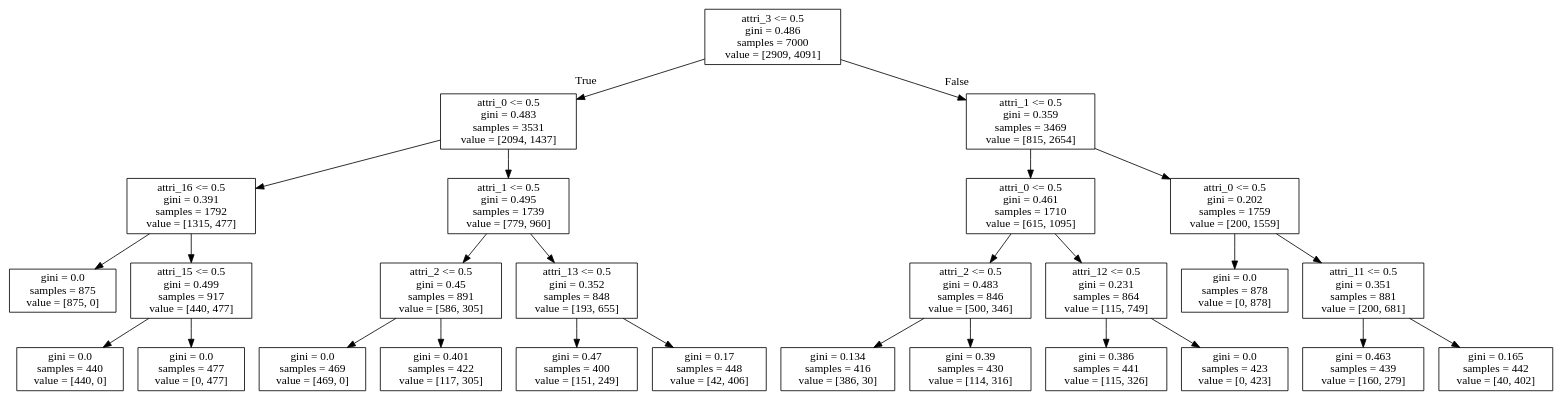
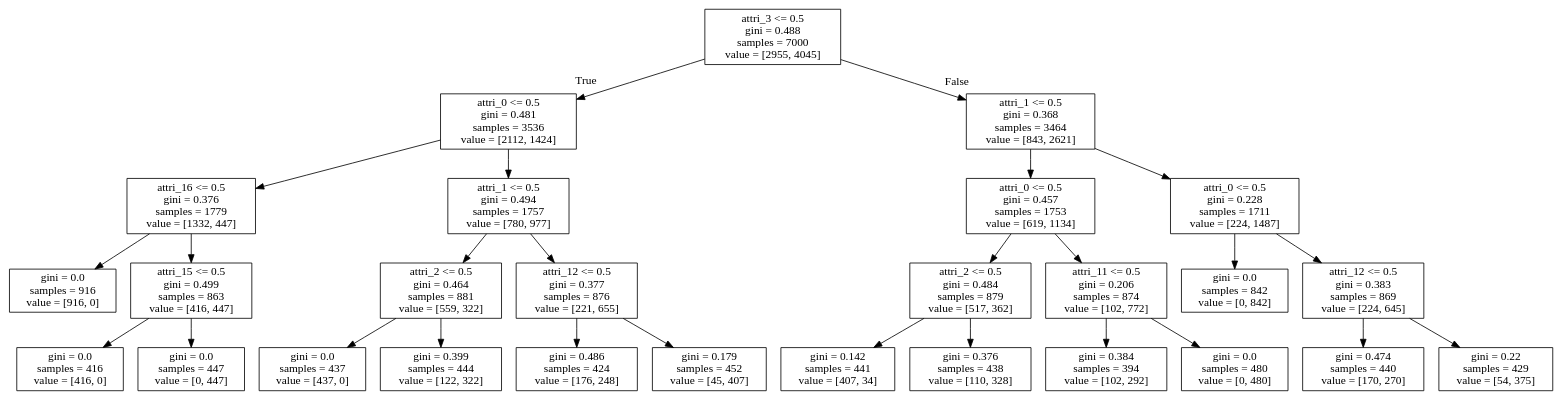
The diagram in Decision_Tree/models/decision_tree_depth4.dot (ElektrischesSchaf/Data_Mining_2019_Projects), drawn with Graphviz before and after one commit. The commit also changed 5 other files, not shown here.

```diff
--- a/Decision_Tree/models/decision_tree_depth4.dot
+++ b/Decision_Tree/models/decision_tree_depth4.dot
@@ -1,56 +1,56 @@
 digraph Tree {
 node [shape=box] ;
-0 [label="attri_3 <= 0.5\ngini = 0.486\nsamples = 7000\nvalue = [2909, 4091]"] ;
-1 [label="attri_0 <= 0.5\ngini = 0.483\nsamples = 3531\nvalue = [2094, 1437]"] ;
+0 [label="attri_3 <= 0.5\ngini = 0.488\nsamples = 7000\nvalue = [2955, 4045]"] ;
+1 [label="attri_0 <= 0.5\ngini = 0.481\nsamples = 3536\nvalue = [2112, 1424]"] ;
 0 -> 1 [labeldistance=2.5, labelangle=45, headlabel="True"] ;
-2 [label="attri_16 <= 0.5\ngini = 0.391\nsamples = 1792\nvalue = [1315, 477]"] ;
+2 [label="attri_16 <= 0.5\ngini = 0.376\nsamples = 1779\nvalue = [1332, 447]"] ;
 1 -> 2 ;
-3 [label="gini = 0.0\nsamples = 875\nvalue = [875, 0]"] ;
+3 [label="gini = 0.0\nsamples = 916\nvalue = [916, 0]"] ;
 2 -> 3 ;
-4 [label="attri_15 <= 0.5\ngini = 0.499\nsamples = 917\nvalue = [440, 477]"] ;
+4 [label="attri_15 <= 0.5\ngini = 0.499\nsamples = 863\nvalue = [416, 447]"] ;
 2 -> 4 ;
-5 [label="gini = 0.0\nsamples = 440\nvalue = [440, 0]"] ;
+5 [label="gini = 0.0\nsamples = 416\nvalue = [416, 0]"] ;
 4 -> 5 ;
-6 [label="gini = 0.0\nsamples = 477\nvalue = [0, 477]"] ;
+6 [label="gini = 0.0\nsamples = 447\nvalue = [0, 447]"] ;
 4 -> 6 ;
-7 [label="attri_1 <= 0.5\ngini = 0.495\nsamples = 1739\nvalue = [779, 960]"] ;
+7 [label="attri_1 <= 0.5\ngini = 0.494\nsamples = 1757\nvalue = [780, 977]"] ;
 1 -> 7 ;
-8 [label="attri_2 <= 0.5\ngini = 0.45\nsamples = 891\nvalue = [586, 305]"] ;
+8 [label="attri_2 <= 0.5\ngini = 0.464\nsamples = 881\nvalue = [559, 322]"] ;
 7 -> 8 ;
-9 [label="gini = 0.0\nsamples = 469\nvalue = [469, 0]"] ;
+9 [label="gini = 0.0\nsamples = 437\nvalue = [437, 0]"] ;
 8 -> 9 ;
-10 [label="gini = 0.401\nsamples = 422\nvalue = [117, 305]"] ;
+10 [label="gini = 0.399\nsamples = 444\nvalue = [122, 322]"] ;
 8 -> 10 ;
-11 [label="attri_13 <= 0.5\ngini = 0.352\nsamples = 848\nvalue = [193, 655]"] ;
+11 [label="attri_12 <= 0.5\ngini = 0.377\nsamples = 876\nvalue = [221, 655]"] ;
 7 -> 11 ;
-12 [label="gini = 0.47\nsamples = 400\nvalue = [151, 249]"] ;
+12 [label="gini = 0.486\nsamples = 424\nvalue = [176, 248]"] ;
 11 -> 12 ;
-13 [label="gini = 0.17\nsamples = 448\nvalue = [42, 406]"] ;
+13 [label="gini = 0.179\nsamples = 452\nvalue = [45, 407]"] ;
 11 -> 13 ;
-14 [label="attri_1 <= 0.5\ngini = 0.359\nsamples = 3469\nvalue = [815, 2654]"] ;
+14 [label="attri_1 <= 0.5\ngini = 0.368\nsamples = 3464\nvalue = [843, 2621]"] ;
 0 -> 14 [labeldistance=2.5, labelangle=-45, headlabel="False"] ;
-15 [label="attri_0 <= 0.5\ngini = 0.461\nsamples = 1710\nvalue = [615, 1095]"] ;
+15 [label="attri_0 <= 0.5\ngini = 0.457\nsamples = 1753\nvalue = [619, 1134]"] ;
 14 -> 15 ;
-16 [label="attri_2 <= 0.5\ngini = 0.483\nsamples = 846\nvalue = [500, 346]"] ;
+16 [label="attri_2 <= 0.5\ngini = 0.484\nsamples = 879\nvalue = [517, 362]"] ;
 15 -> 16 ;
-17 [label="gini = 0.134\nsamples = 416\nvalue = [386, 30]"] ;
+17 [label="gini = 0.142\nsamples = 441\nvalue = [407, 34]"] ;
 16 -> 17 ;
-18 [label="gini = 0.39\nsamples = 430\nvalue = [114, 316]"] ;
+18 [label="gini = 0.376\nsamples = 438\nvalue = [110, 328]"] ;
 16 -> 18 ;
-19 [label="attri_12 <= 0.5\ngini = 0.231\nsamples = 864\nvalue = [115, 749]"] ;
+19 [label="attri_11 <= 0.5\ngini = 0.206\nsamples = 874\nvalue = [102, 772]"] ;
 15 -> 19 ;
-20 [label="gini = 0.386\nsamples = 441\nvalue = [115, 326]"] ;
+20 [label="gini = 0.384\nsamples = 394\nvalue = [102, 292]"] ;
 19 -> 20 ;
-21 [label="gini = 0.0\nsamples = 423\nvalue = [0, 423]"] ;
+21 [label="gini = 0.0\nsamples = 480\nvalue = [0, 480]"] ;
 19 -> 21 ;
-22 [label="attri_0 <= 0.5\ngini = 0.202\nsamples = 1759\nvalue = [200, 1559]"] ;
+22 [label="attri_0 <= 0.5\ngini = 0.228\nsamples = 1711\nvalue = [224, 1487]"] ;
 14 -> 22 ;
-23 [label="gini = 0.0\nsamples = 878\nvalue = [0, 878]"] ;
+23 [label="gini = 0.0\nsamples = 842\nvalue = [0, 842]"] ;
 22 -> 23 ;
-24 [label="attri_11 <= 0.5\ngini = 0.351\nsamples = 881\nvalue = [200, 681]"] ;
+24 [label="attri_12 <= 0.5\ngini = 0.383\nsamples = 869\nvalue = [224, 645]"] ;
 22 -> 24 ;
-25 [label="gini = 0.463\nsamples = 439\nvalue = [160, 279]"] ;
+25 [label="gini = 0.474\nsamples = 440\nvalue = [170, 270]"] ;
 24 -> 25 ;
-26 [label="gini = 0.165\nsamples = 442\nvalue = [40, 402]"] ;
+26 [label="gini = 0.22\nsamples = 429\nvalue = [54, 375]"] ;
 24 -> 26 ;
 }
```
